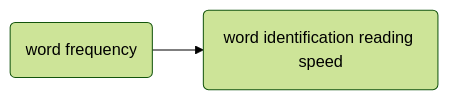
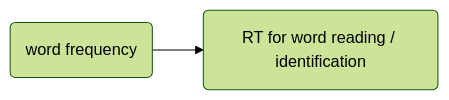
The second of 4 diagrams in 2022/Slides/Lecture-07.md (ethanweed/ExPsyLing), drawn with Mermaid (forest theme) before and after one commit. The commit also changed other lines of this file and 3 other files, not shown here.

````diff
--- a/2022/Slides/Lecture-07.md
+++ b/2022/Slides/Lecture-07.md
@@ -116,5 +116,5 @@
 ```{.mermaid format=svg  theme=neutral width=400 }
 graph LR
-A(word frequency) -->B(word identification reading speed)
+A(word frequency) -->B(RT for word reading / identification)
 
 ```
````
